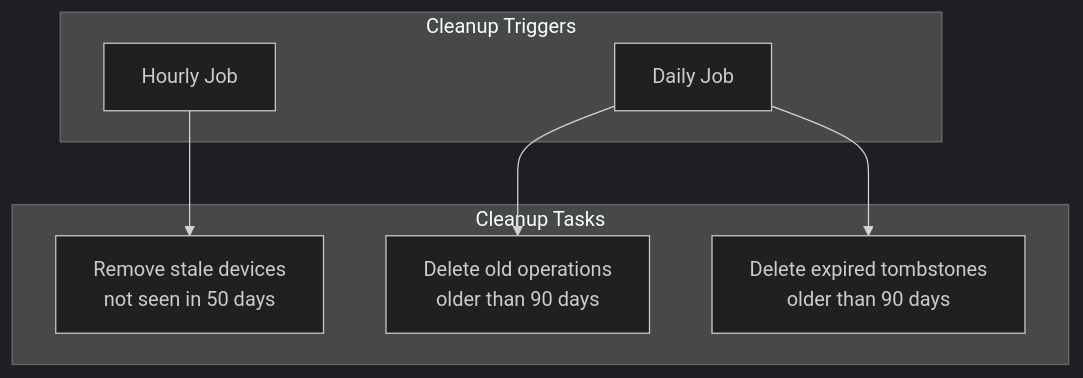
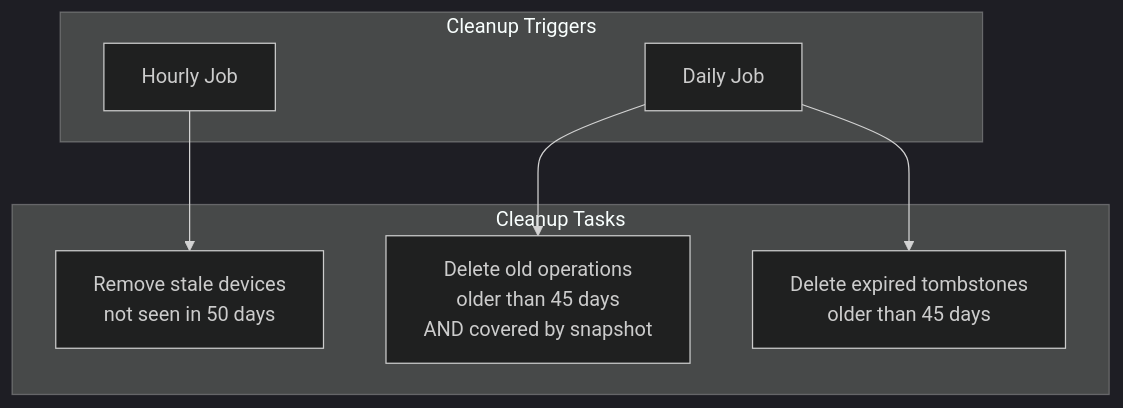
One commit to johannesjo/super-productivity changed diagram 16 of 29 in packages/super-sync-server/sync-server-architecture-diagrams.md. Above: the diagram before and after it, drawn with Mermaid (dark theme). The commit also changed other lines of this file, not shown here.

````diff
--- a/packages/super-sync-server/sync-server-architecture-diagrams.md
+++ b/packages/super-sync-server/sync-server-architecture-diagrams.md
@@ -469,17 +504,17 @@
 ```mermaid
 flowchart TB
     subgraph Triggers["Cleanup Triggers"]
         Hourly[Hourly Job]
         Daily[Daily Job]
     end
 
     subgraph Cleanup["Cleanup Tasks"]
         StaleDevices[Remove stale devices<br/>not seen in 50 days]
-        OldOps[Delete old operations<br/>older than 90 days]
-        ExpiredTombstones[Delete expired tombstones<br/>older than 90 days]
+        OldOps[Delete old operations<br/>older than 45 days<br/>AND covered by snapshot]
+        ExpiredTombstones[Delete expired tombstones<br/>older than 45 days]
     end
 
     Hourly --> StaleDevices
     Daily --> OldOps
     Daily --> ExpiredTombstones
 ```
````
